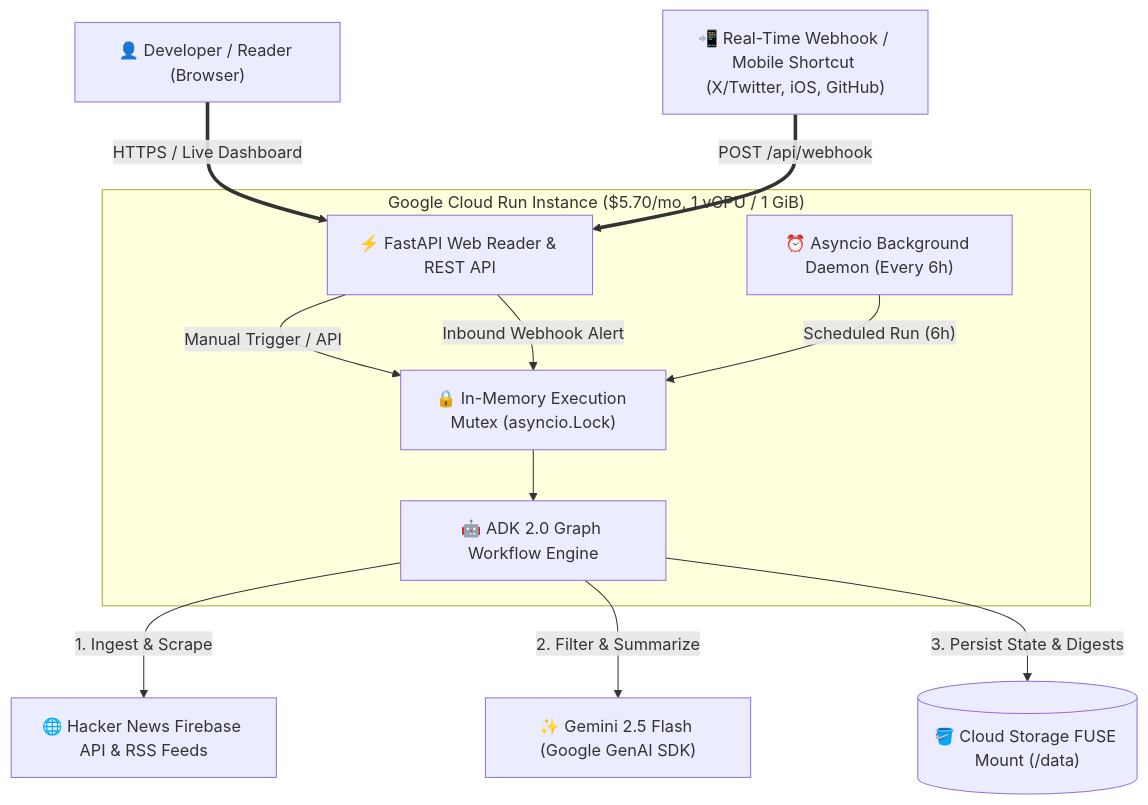
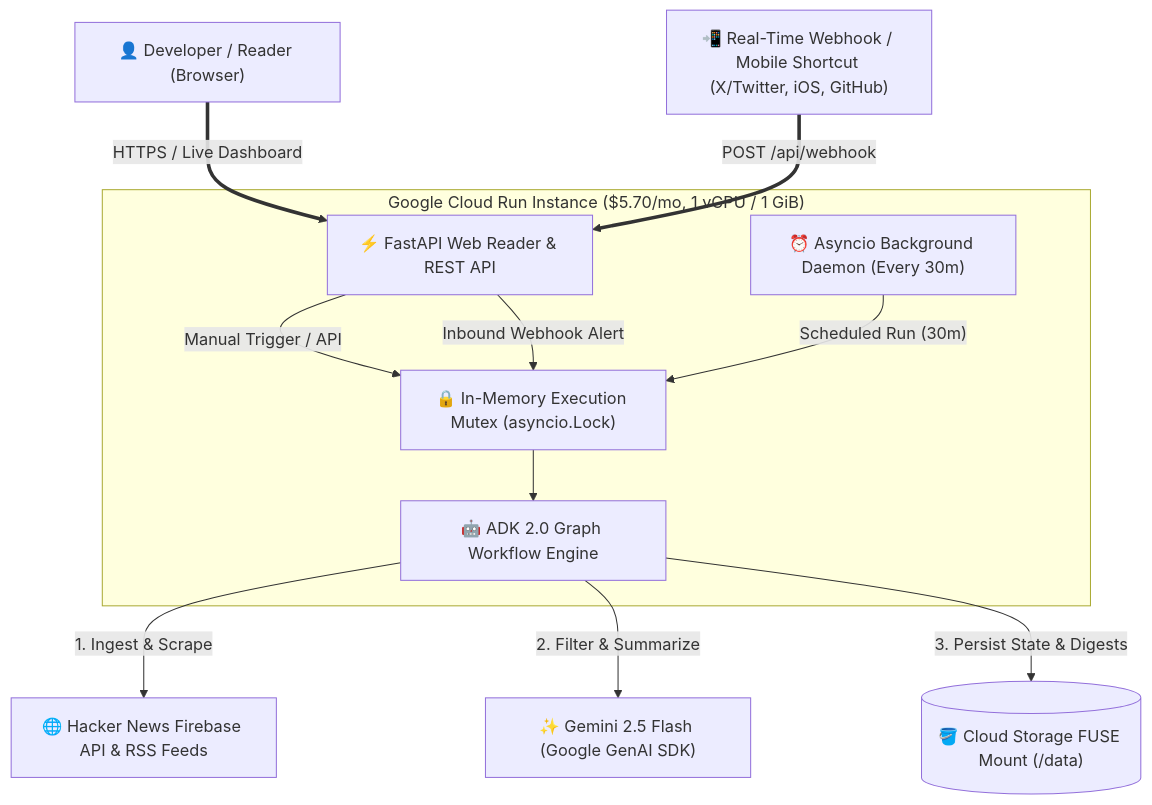
One commit to GoogleCloudPlatform/devrel-demos changed the first of 3 diagrams in ai-ml/tech-briefing-agent/README.md. Above: the diagram before and after it, drawn with Mermaid. The commit also changed other lines of this file and 3 other files, not shown here.

````diff
--- a/ai-ml/tech-briefing-agent/README.md
+++ b/ai-ml/tech-briefing-agent/README.md
@@ -34,27 +34,27 @@
 ```mermaid
 flowchart TD
     User["👤 Developer / Reader (Browser)"]
     WebhookSender["📲 Real-Time Webhook / Mobile Shortcut (X/Twitter, iOS, GitHub)"]
 
     subgraph Instance ["Google Cloud Run Instance ($5.70/mo, 1 vCPU / 1 GiB)"]
         UI["⚡ FastAPI Web Reader & REST API"]
-        Daemon["⏰ Asyncio Background Daemon (Every 6h)"]
+        Daemon["⏰ Asyncio Background Daemon (Every 30m)"]
         Mutex["🔒 In-Memory Execution Mutex (asyncio.Lock)"]
         Workflow["🤖 ADK 2.0 Graph Workflow Engine"]
 
         UI -->|"Manual Trigger / API"| Mutex
         UI -->|"Inbound Webhook Alert"| Mutex
-        Daemon -->|"Scheduled Run (6h)"| Mutex
+        Daemon -->|"Scheduled Run (30m)"| Mutex
         Mutex --> Workflow
     end
 
     Feeds["🌐 Hacker News Firebase API & RSS Feeds"]
     Gemini["✨ Gemini 2.5 Flash (Google GenAI SDK)"]
     Bucket[("🪣 Cloud Storage FUSE Mount (/data)")]
 
     User == "HTTPS / Live Dashboard" ==> UI
     WebhookSender == "POST /api/webhook" ==> UI
     Workflow -- "1. Ingest & Scrape" --> Feeds
     Workflow -- "2. Filter & Summarize" --> Gemini
     Workflow -- "3. Persist State & Digests" --> Bucket
 ```
````
